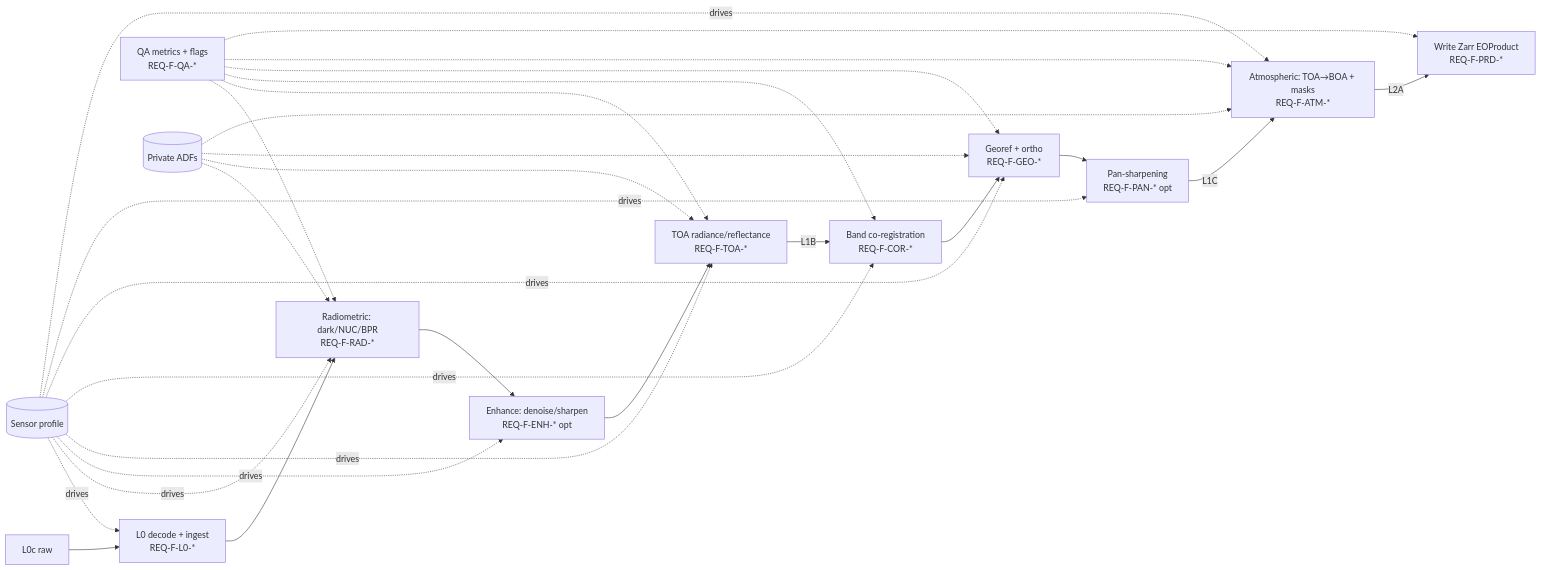
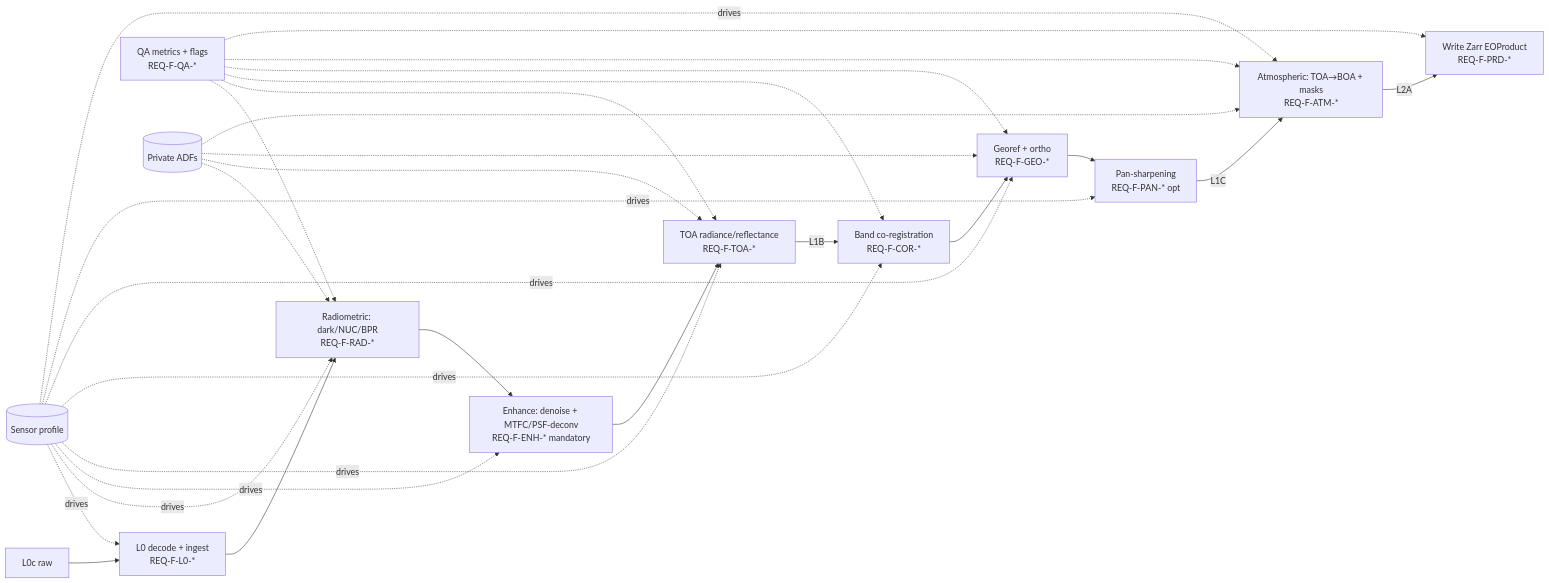
Before and after one commit to AstroCan17/msi-processor: the diagram in compliance/drd/srs-software-requirements.md, drawn with Mermaid. The commit also changed other lines of this file and 4 other files, not shown here.

First line of the commit message:
change(cr): make enhancement mandatory; sharpening = MTF compensation (PSF deconvolution)

````diff
--- a/compliance/drd/srs-software-requirements.md
+++ b/compliance/drd/srs-software-requirements.md
@@ -897,15 +916,15 @@
 ```mermaid
 flowchart LR
   L0[L0c raw] --> A[L0 decode + ingest\nREQ-F-L0-*]
   A --> B[Radiometric: dark/NUC/BPR\nREQ-F-RAD-*]
-  B --> E[Enhance: denoise/sharpen\nREQ-F-ENH-* opt]
+  B --> E[Enhance: denoise + MTFC/PSF-deconv\nREQ-F-ENH-* mandatory]
   E --> T[TOA radiance/reflectance\nREQ-F-TOA-*]
   T -->|L1B| C[Band co-registration\nREQ-F-COR-*]
   C --> G[Georef + ortho\nREQ-F-GEO-*]
   G --> P[Pan-sharpening\nREQ-F-PAN-* opt]
   P -->|L1C| AT[Atmospheric: TOA→BOA + masks\nREQ-F-ATM-*]
   AT -->|L2A| W[Write Zarr EOProduct\nREQ-F-PRD-*]
   QA[QA metrics + flags\nREQ-F-QA-*] -.-> B & T & C & G & AT & W
   PROF[(Sensor profile)] -.drives.-> A & B & E & T & C & G & P & AT
   ADF[(Private ADFs)] -.-> B & T & G & AT
 ```
````
